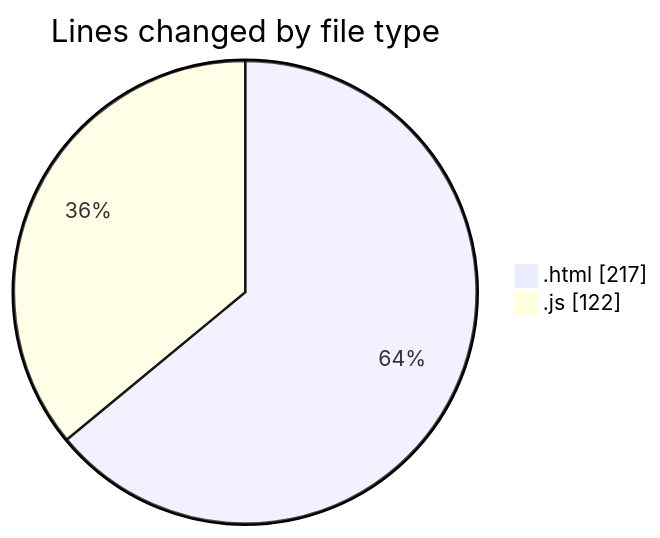
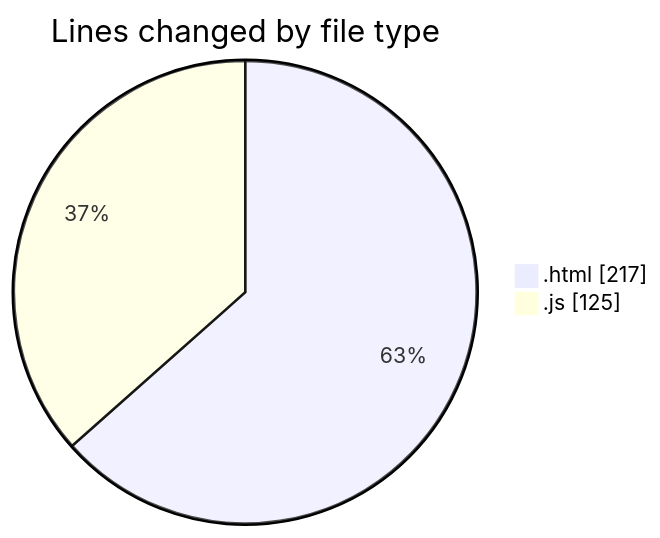
One commit to nxtqubesakshisongat/code-tracking changed the first of 2 diagrams in 2025-10-25/javacript/README.md. Above: the diagram before and after it, drawn with Mermaid. The commit also changed other lines of this file and 1 other file, not shown here.

````diff
--- a/2025-10-25/javacript/README.md
+++ b/2025-10-25/javacript/README.md
@@ -22,6 +22,6 @@
 ```mermaid
 pie showData
 title Lines changed by file type
 ".html" : 217
-".js" : 122
+".js" : 125
 ```
````
